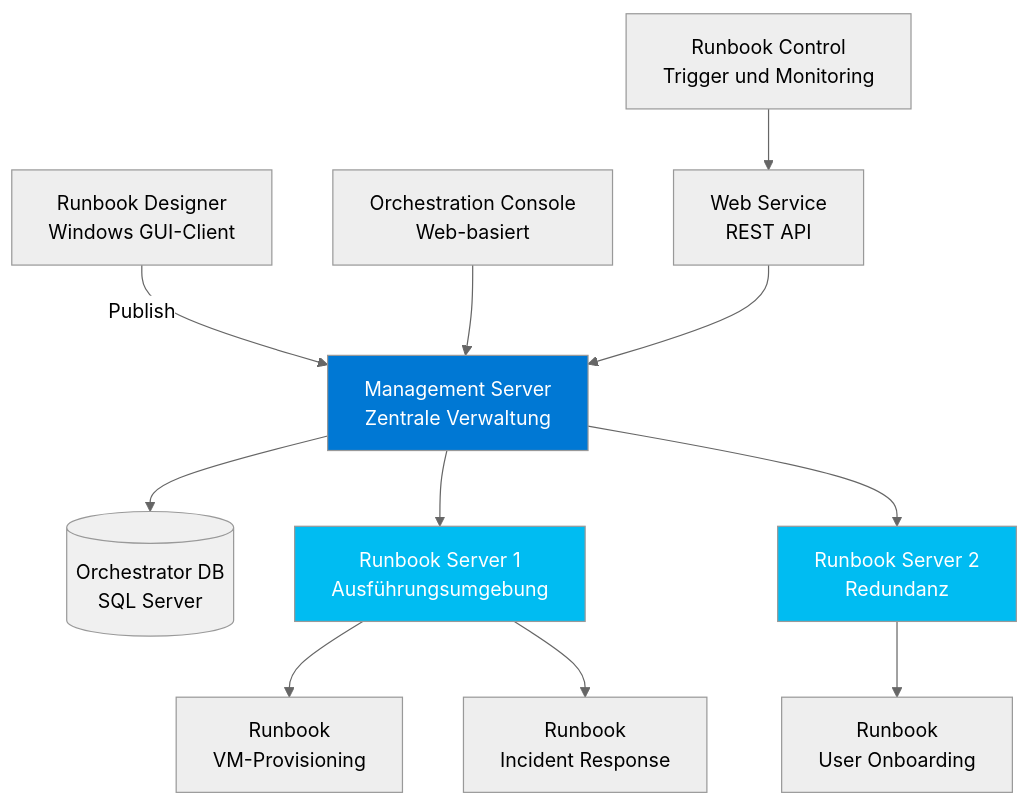
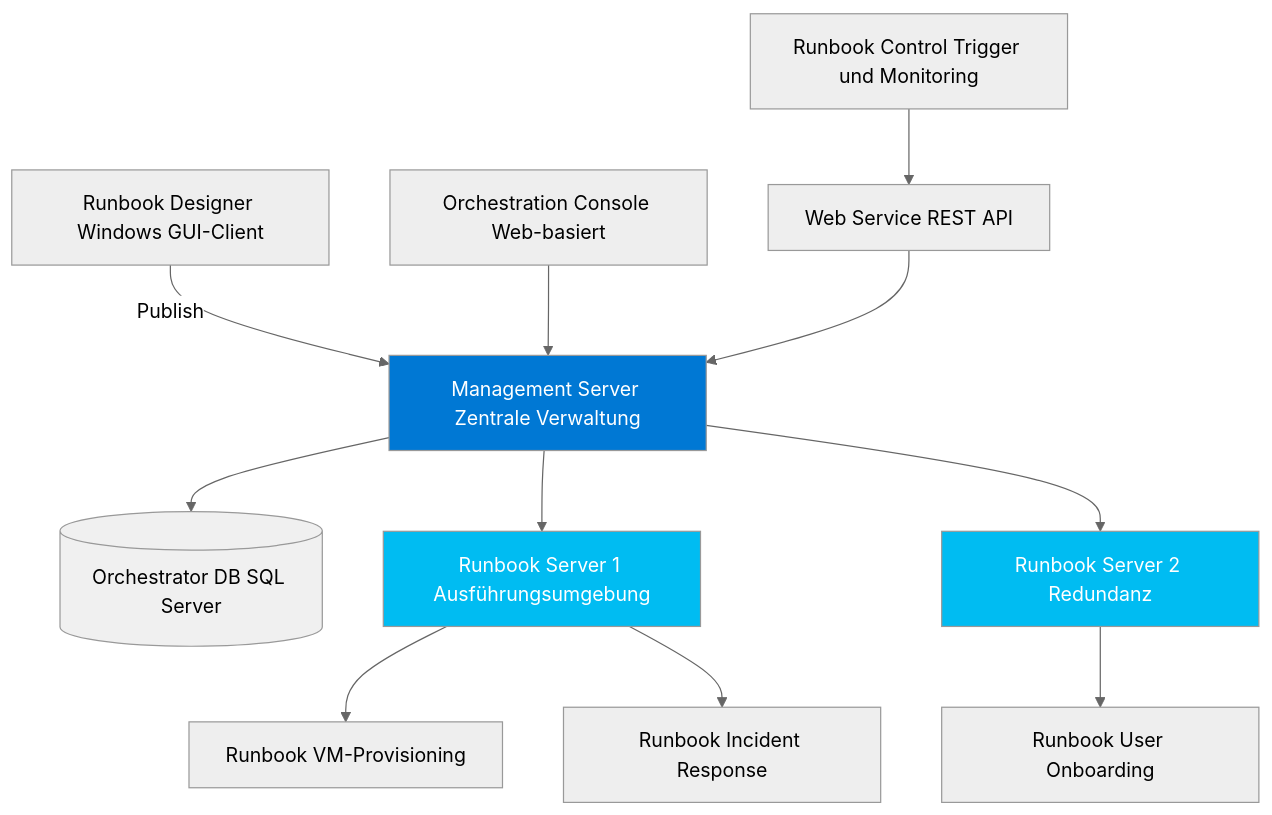
One commit to SoniiiT/notes-n-docs changed the first of 2 diagrams in Microsoft 365/System Center/System Center Orchestrator.md. Above: the diagram before and after it, drawn with Mermaid (neutral theme). The commit also changed other lines of this file and 124 other files, not shown here.

First line of the commit message:
fix: Entferne \n aus allen Mermaid-Diagrammen (125 Dateien)

````diff
--- a/Microsoft 365/System Center/System Center Orchestrator.md
+++ b/Microsoft 365/System Center/System Center Orchestrator.md
@@ -40,18 +40,18 @@
 ```mermaid
 graph TD
-    RBD[Runbook Designer\nWindows GUI-Client] -->|Publish| MS[Management Server\nZentrale Verwaltung]
-    MS --> DB[(Orchestrator DB\nSQL Server)]
-    MS --> RBS1[Runbook Server 1\nAusführungsumgebung]
-    MS --> RBS2[Runbook Server 2\nRedundanz]
-    RBS1 --> RB1[Runbook\nVM-Provisioning]
-    RBS1 --> RB2[Runbook\nIncident Response]
-    RBS2 --> RB3[Runbook\nUser Onboarding]
-    OC[Orchestration Console\nWeb-basiert] --> MS
-    WS[Web Service\nREST API] --> MS
-    RUN[Runbook Control\nTrigger und Monitoring] --> WS
+    RBD[Runbook Designer Windows GUI-Client] -->|Publish| MS[Management Server Zentrale Verwaltung]
+    MS --> DB[(Orchestrator DB SQL Server)]
+    MS --> RBS1[Runbook Server 1 Ausführungsumgebung]
+    MS --> RBS2[Runbook Server 2 Redundanz]
+    RBS1 --> RB1[Runbook VM-Provisioning]
+    RBS1 --> RB2[Runbook Incident Response]
+    RBS2 --> RB3[Runbook User Onboarding]
+    OC[Orchestration Console Web-basiert] --> MS
+    WS[Web Service REST API] --> MS
+    RUN[Runbook Control Trigger und Monitoring] --> WS
 
     style MS fill:#0078D4,color:#fff
     style RBS1 fill:#00BCF2,color:#fff
     style RBS2 fill:#00BCF2,color:#fff
     style DB fill:#f0f0f0
 ```
````
